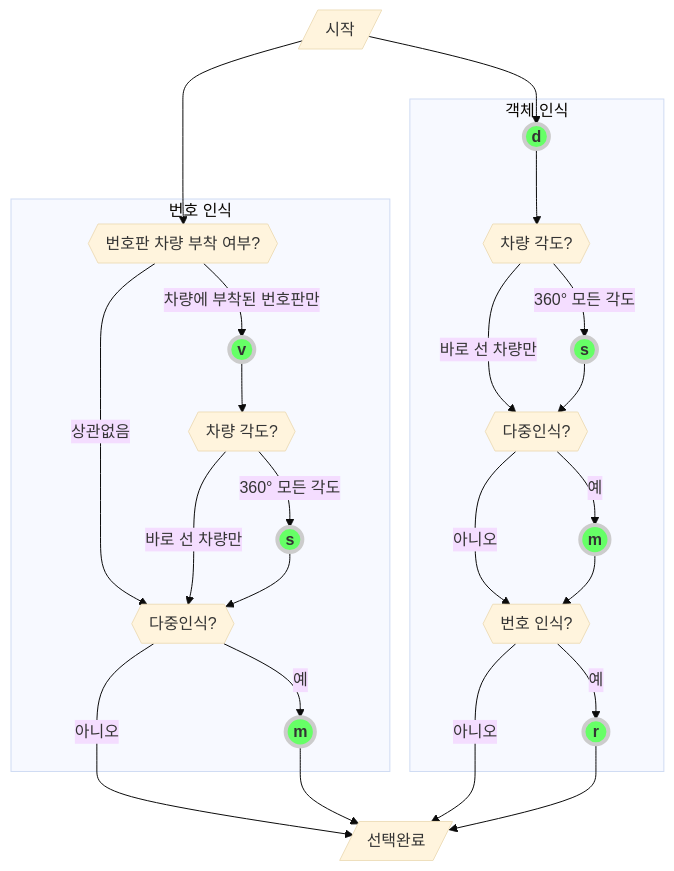
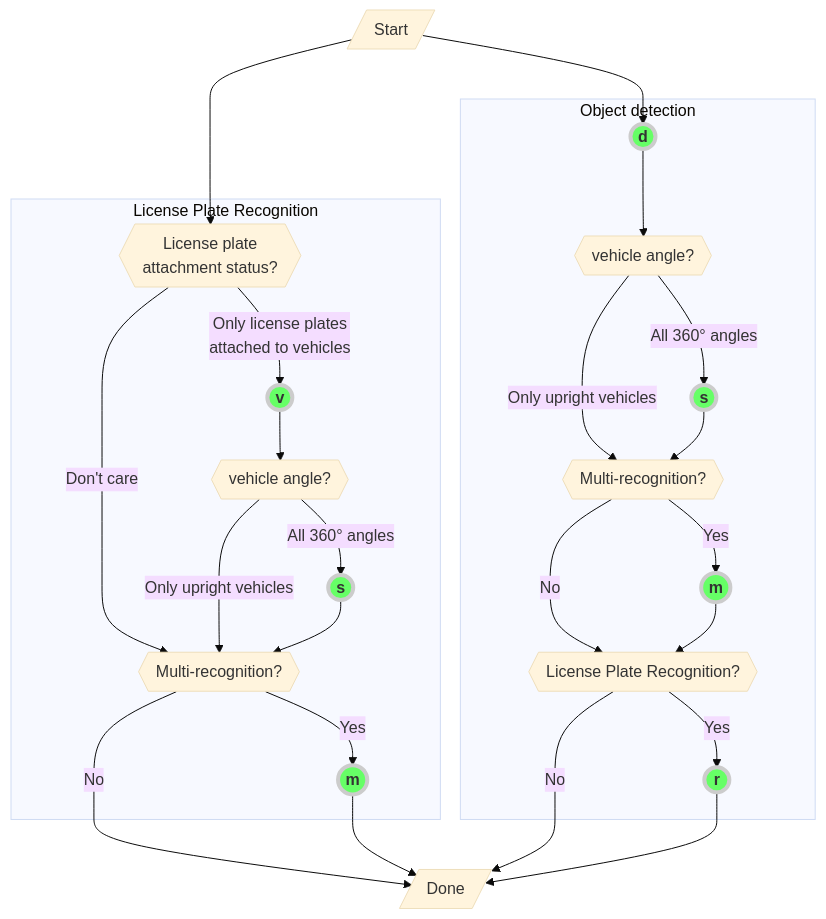
Before and after one commit to bobhyun/TS-ANPR: the diagram in DevGuide.md, drawn with Mermaid (base theme). The commit also changed other lines of this file and 315 other files, not shown here.

````diff
--- a/DevGuide.md
+++ b/DevGuide.md
@@ -114,50 +264,50 @@
-    ```mermaid
-    flowchart TD
-      
-      start[/시작/]-->attach{{번호판 차량 부착 여부?}}
-      attach-->|상관없음|multi
-      attach-->|차량에 부착된 번호판만|v((v)):::opt
-      
-      v-->angle{{차량 각도?}}
-      angle-->|바로 선 차량만|multi{{다중인식?}}
-      angle-->|360° 모든 각도|s((s)):::opt
-      s-->multi
-      multi-->|예|m((m)):::opt
-      multi-->|아니오|done[/선택완료/]
-      m-->done      
+```mermaid
+flowchart TD
 
-      start-->d((d)):::opt
-      d-->angle2{{차량 각도?}}
-      angle2-->|바로 선 차량만|multi2{{다중인식?}}
-      angle2-->|360° 모든 각도|s2((s)):::opt
-      s2-->multi2
-      multi2-->|예|m2((m)):::opt
-      multi2-->|아니오|read
-      m2-->read{{번호 인식?}}
-      
-      read-->|예|r((r)):::opt
-      read-->|아니오|done
-      r-->done
-     
+  start[/Start/]-->attach{{License plate<br/>attachment status?}}
+  attach-->|Don't care|multi
+  attach-->|Only license plates<br/>attached to vehicles|v((v)):::opt
 
-      subgraph "번호 인식"
-        attach
-        v
-        angle
-        multi
-        m
-        s
-      end
+  v-->angle{{vehicle angle?}}
+  angle-->|Only upright vehicles|multi{{Multi-recognition?}}
+  angle-->|All 360° angles|s((s)):::opt
+  s-->multi
+  multi-->|Yes|m((m)):::opt
+  multi-->|No|done[/Done/]
+  m-->done
 
-      subgraph "객체 인식"
-        read
-        angle2
-        multi2
-        s2
-        m2
-        d
-        r
-      end
+  start-->d((d)):::opt
+  d-->angle2{{vehicle angle?}}
+  angle2-->|Only upright vehicles|multi2{{Multi-recognition?}}
+  angle2-->|All 360° angles|s2((s)):::opt
+  s2-->multi2
+  multi2-->|Yes|m2((m)):::opt
+  multi2-->|No|read
+  m2-->read{{License Plate Recognition?}}
 
-      classDef opt fill:#6F6,stroke:#CCC,stroke-width:4px,padding:10px,font-weight:bold
-    ```
+  read-->|Yes|r((r)):::opt
+  read-->|No|done
+  r-->done
+
+
+  subgraph "License Plate Recognition"
+    attach
+    v
+    angle
+    multi
+    m
+    s
+  end
+
+  subgraph "Object detection"
+    read
+    angle2
+    multi2
+    s2
+    m2
+    d
+    r
+  end
+
+  classDef opt fill:#6F6,stroke:#CCC,stroke-width:4px,padding:10px,font-weight:bold
+```
````
